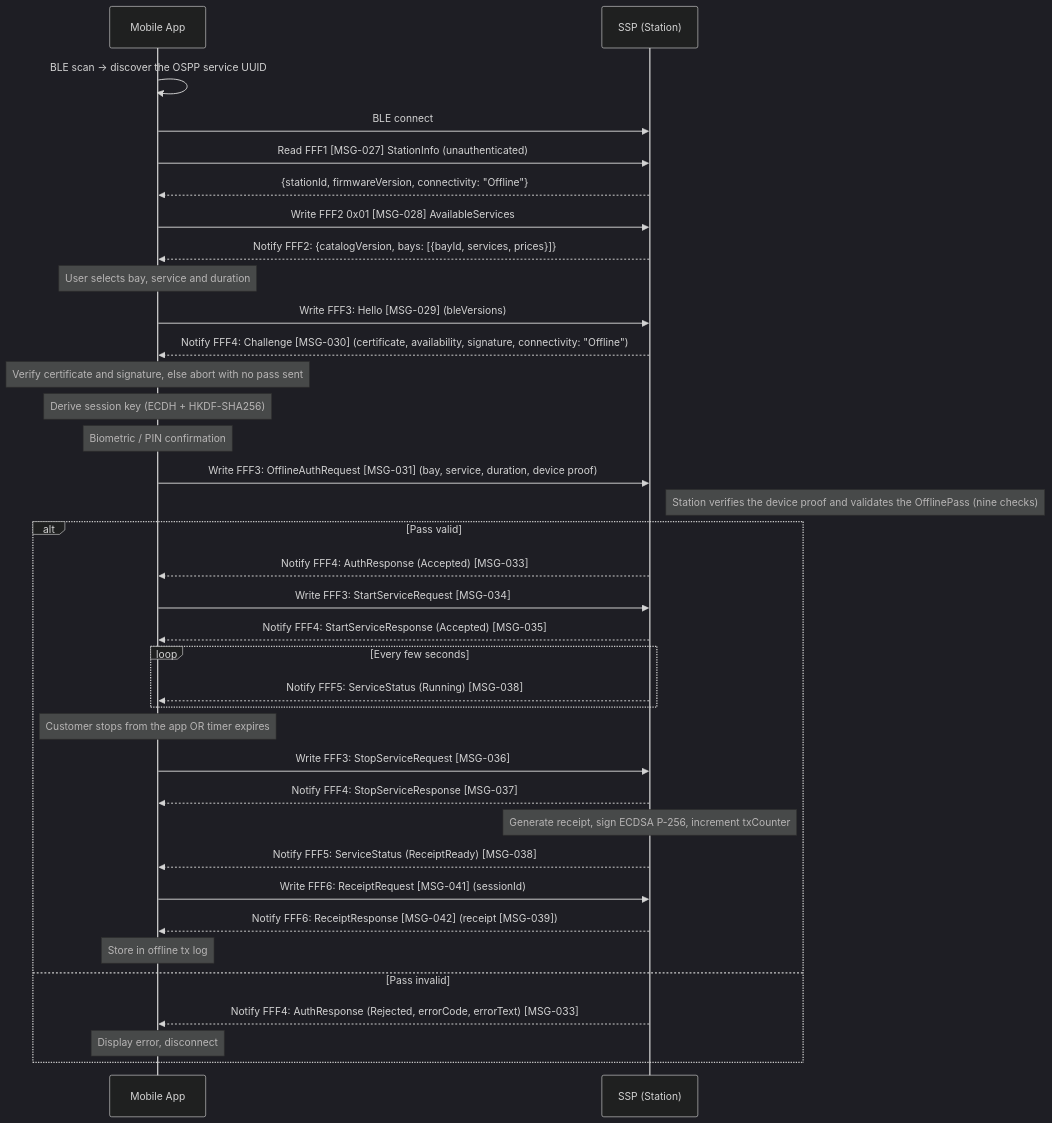
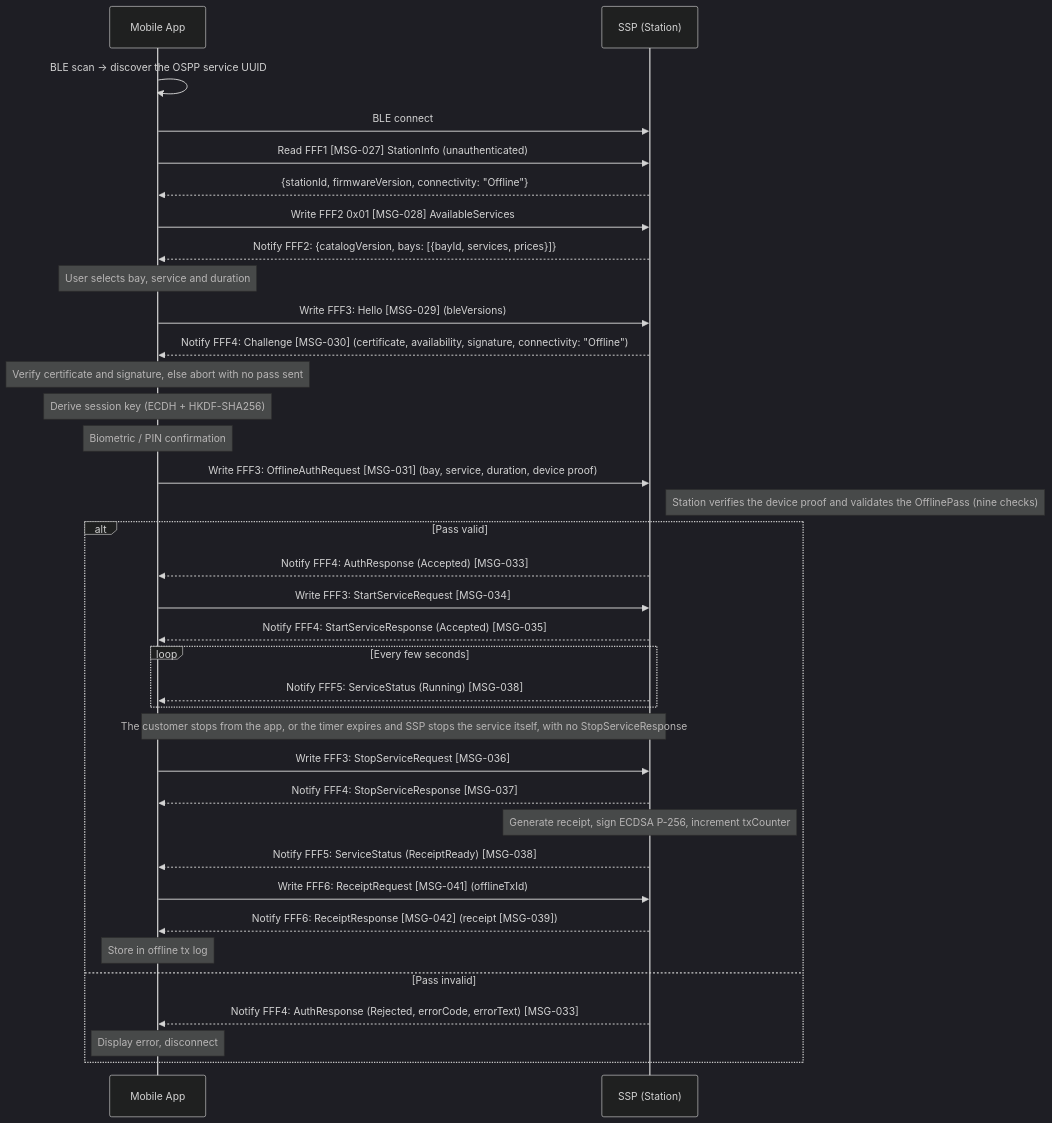
Before and after one commit to ospp-org/spec: the fifth of 19 diagrams in spec/04-flows.md, drawn with Mermaid (dark theme). The commit also changed other lines of this file and 45 other files, not shown here.

````diff
--- a/spec/04-flows.md
+++ b/spec/04-flows.md
@@ -725,51 +725,51 @@
 ```mermaid
 sequenceDiagram
     participant App as Mobile App
     participant SSP as SSP (Station)
 
     App->>App: BLE scan → discover the OSPP service UUID
     App->>SSP: BLE connect
 
     App->>SSP: Read FFF1 [MSG-027] StationInfo (unauthenticated)
     SSP-->>App: {stationId, firmwareVersion, connectivity: "Offline"}
     App->>SSP: Write FFF2 0x01 [MSG-028] AvailableServices
     SSP-->>App: Notify FFF2: {catalogVersion, bays: [{bayId, services, prices}]}
 
     Note over App: User selects bay, service and duration
 
     App->>SSP: Write FFF3: Hello [MSG-029] (bleVersions)
     SSP-->>App: Notify FFF4: Challenge [MSG-030] (certificate, availability, signature, connectivity: "Offline")
 
     Note over App: Verify certificate and signature, else abort with no pass sent
     Note over App: Derive session key (ECDH + HKDF-SHA256)
     Note over App: Biometric / PIN confirmation
 
     App->>SSP: Write FFF3: OfflineAuthRequest [MSG-031] (bay, service, duration, device proof)
     Note right of SSP: Station verifies the device proof and validates the OfflinePass (nine checks)
 
     alt Pass valid
         SSP-->>App: Notify FFF4: AuthResponse (Accepted) [MSG-033]
 
         App->>SSP: Write FFF3: StartServiceRequest [MSG-034]
         SSP-->>App: Notify FFF4: StartServiceResponse (Accepted) [MSG-035]
 
         loop Every few seconds
             SSP-->>App: Notify FFF5: ServiceStatus (Running) [MSG-038]
         end
 
-        Note over App: Customer stops from the app OR timer expires
+        Note over App,SSP: The customer stops from the app, or the timer expires and SSP stops the service itself, with no StopServiceResponse
         App->>SSP: Write FFF3: StopServiceRequest [MSG-036]
         SSP-->>App: Notify FFF4: StopServiceResponse [MSG-037]
 
         Note over SSP: Generate receipt, sign ECDSA P-256, increment txCounter
         SSP-->>App: Notify FFF5: ServiceStatus (ReceiptReady) [MSG-038]
 
-        App->>SSP: Write FFF6: ReceiptRequest [MSG-041] (sessionId)
+        App->>SSP: Write FFF6: ReceiptRequest [MSG-041] (offlineTxId)
         SSP-->>App: Notify FFF6: ReceiptResponse [MSG-042] (receipt [MSG-039])
         Note over App: Store in offline tx log
 
     else Pass invalid
         SSP-->>App: Notify FFF4: AuthResponse (Rejected, errorCode, errorText) [MSG-033]
         Note over App: Display error, disconnect
     end
 ```
````
